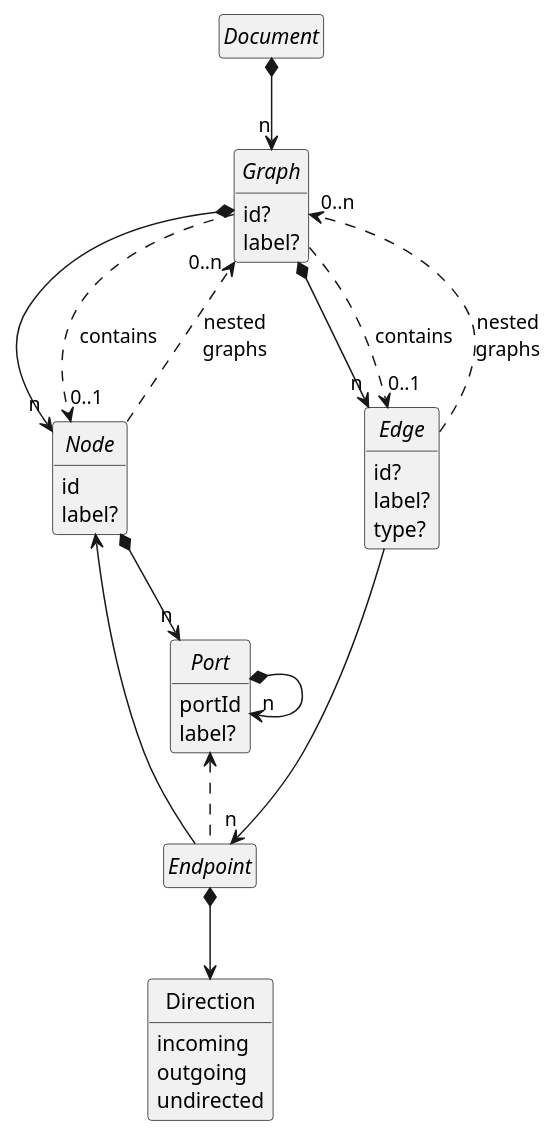
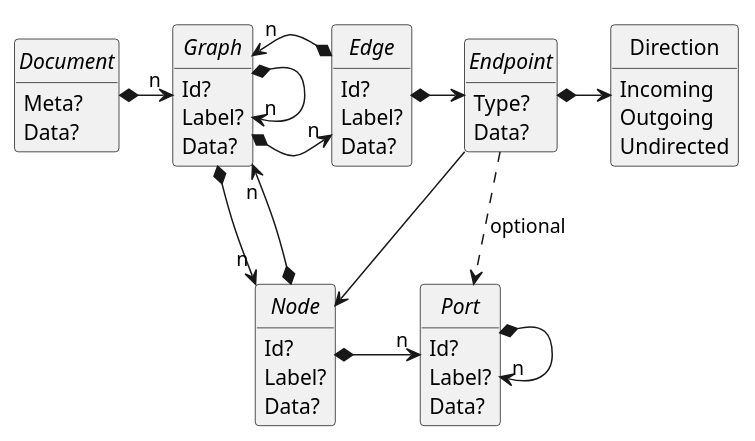
Before and after one commit to Calpano/connected-json: the first of 3 diagrams in modules/ROOT/pages/spec.adoc, drawn with PlantUML. The commit also changed other lines of this file and 7 other files, not shown here.

```diff
--- a/modules/ROOT/pages/spec.adoc
+++ b/modules/ROOT/pages/spec.adoc
@@ -136,44 +133,52 @@
 [plantuml]
 ....
 hide empty members
 hide circle
 
-interface Document
+interface Document {
+    Meta?
+    Data?
+}
 interface Graph {
-    id?
-    label?
+    Id?
+    Label?
+    Data?
 }
 interface Node {
-    id
-    label?
+    Id?
+    Label?
+    Data?
+}
+interface Port {
+    Id?
+    Label?
+    Data?
 }
 interface Edge {
-    id?
-    label?
-    type?
+    Id?
+    Label?
+    Data?
 }
-interface Endpoint
-interface Port {
-    portId
-    label?
+interface Endpoint {
+    Type?
+    Data?
 }
 enum Direction {
-    incoming
-    outgoing
-    undirected
+    Incoming
+    Outgoing
+    Undirected
 }
+Document *-> "n" Graph
+Graph *--> "n" Graph
+Graph *-> "n" Edge
+Graph *--> "n" Node
 
-Document *--> "n" Graph
-Graph *--> "n" Node
-Graph *--> "n" Edge
-Node *--> "n" Port
+Node *-> "n" Port
 Port *--> "n" Port
-Endpoint *--> Direction
-Node <-- Endpoint
-Port <.. Endpoint
-Edge --> "n" Endpoint
-Graph ..> "0..1" Node :  contains
-Graph ..> "0..1" Edge : contains
-Node ..> "0..n" Graph : nested\ngraphs
-Edge ..> "0..n" Graph : nested\ngraphs
+Edge *-> Endpoint
+Endpoint --> Node
+Endpoint ..> Port : optional
+Node *--> "n" Graph
+Edge *--> "n" Graph
+Endpoint *-> Direction
 ....
```
